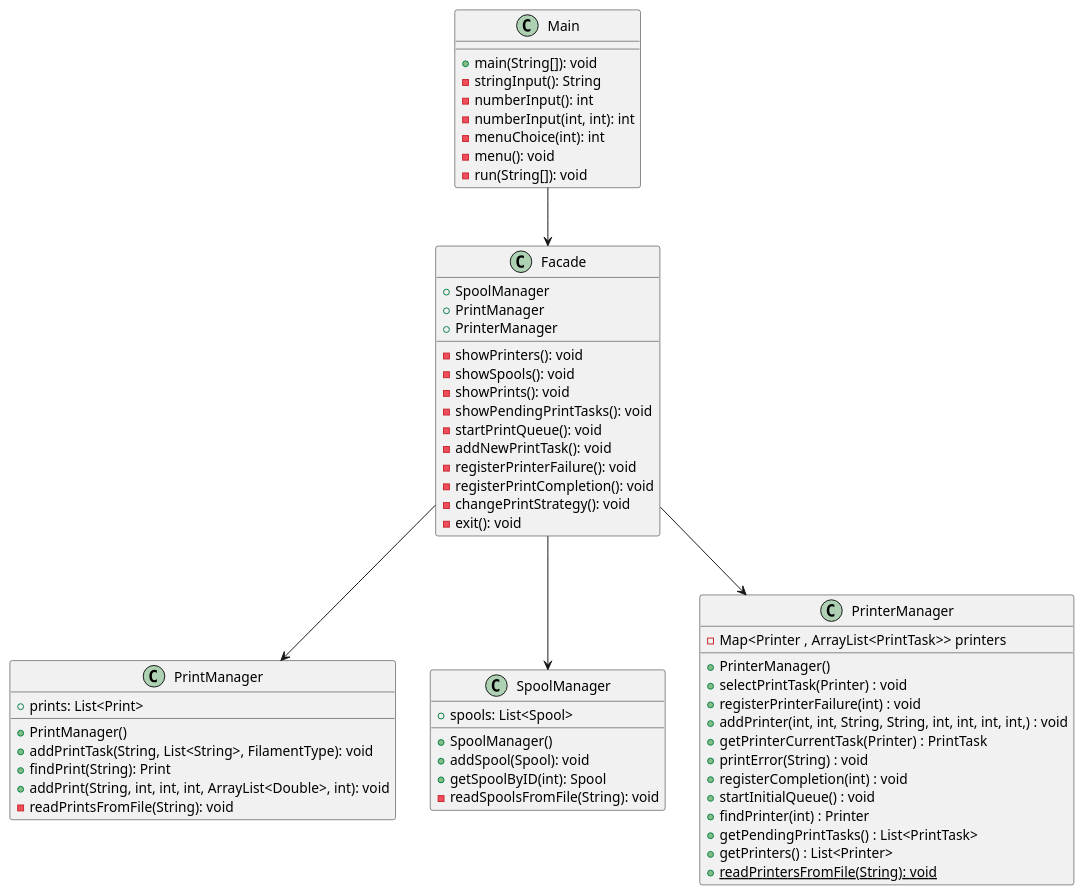
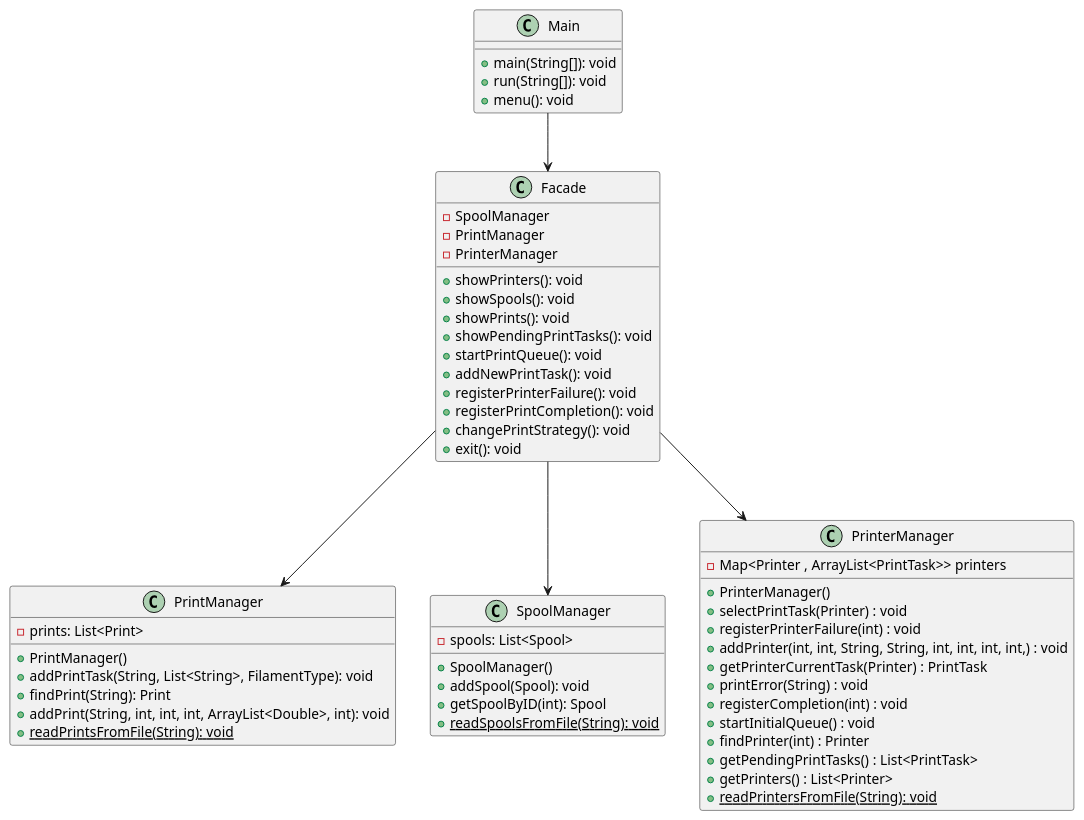
Before and after one commit to rtavares14/System-Design: the diagram in docs/Diagrams/refractored diagrams/Main Facade and its associations.puml, drawn with PlantUML. The commit also changed 1 other file, not shown here.

```diff
--- a/docs/Diagrams/refractored diagrams/Main Facade and its associations.puml
+++ b/docs/Diagrams/refractored diagrams/Main Facade and its associations.puml
@@ -1,71 +1,67 @@
 @startuml
 'https://plantuml.com/sequence-diagram
 
 class Main {
     + main(String[]): void
-    - stringInput(): String
-    - numberInput(): int
-    - numberInput(int, int): int
-    - menuChoice(int): int
-    - menu(): void
-    - run(String[]): void
+    + run(String[]): void
+    + menu(): void
 }
 
 class Facade {
-    + SpoolManager
-    + PrintManager
-    + PrinterManager
-    - showPrinters(): void
-    - showSpools(): void
-    - showPrints(): void
-    - showPendingPrintTasks(): void
-    - startPrintQueue(): void
-    - addNewPrintTask(): void
-    - registerPrinterFailure(): void
-    - registerPrintCompletion(): void
-    - changePrintStrategy(): void
-    - exit(): void
+    - SpoolManager
+    - PrintManager
+    - PrinterManager
+    + showPrinters(): void
+    + showSpools(): void
+    + showPrints(): void
+    + showPendingPrintTasks(): void
+    + startPrintQueue(): void
+    + addNewPrintTask(): void
+    + registerPrinterFailure(): void
+    + registerPrintCompletion(): void
+    + changePrintStrategy(): void
+    + exit(): void
 }
 
 class PrintManager {
     + PrintManager()
     + addPrintTask(String, List<String>, FilamentType): void
     + findPrint(String): Print
     + addPrint(String, int, int, int, ArrayList<Double>, int): void
-    - readPrintsFromFile(String): void
-    + prints: List<Print>
+    + {static} readPrintsFromFile(String): void
+    - prints: List<Print>
 }
 
 class SpoolManager {
     + SpoolManager()
     + addSpool(Spool): void
     + getSpoolByID(int): Spool
-    - readSpoolsFromFile(String): void
-    + spools: List<Spool>
+    + {static} readSpoolsFromFile(String): void
+    - spools: List<Spool>
 }
 
 class PrinterManager {
         - Map<Printer , ArrayList<PrintTask>> printers
         + PrinterManager()
         + selectPrintTask(Printer) : void
         + registerPrinterFailure(int) : void
         + addPrinter(int, int, String, String, int, int, int, int,) : void
         + getPrinterCurrentTask(Printer) : PrintTask
         + printError(String) : void
         + registerCompletion(int) : void
       + startInitialQueue() : void
       + findPrinter(int) : Printer
       + getPendingPrintTasks() : List<PrintTask>
       + getPrinters() : List<Printer>
-      + {static}readPrintersFromFile(String): void
+      + {static} readPrintersFromFile(String): void
 
 }
 
 
 
 Main -down-> Facade
 Facade -down-> SpoolManager
 Facade -down-> PrintManager
 Facade -down-> PrinterManager
 
 @enduml
```
